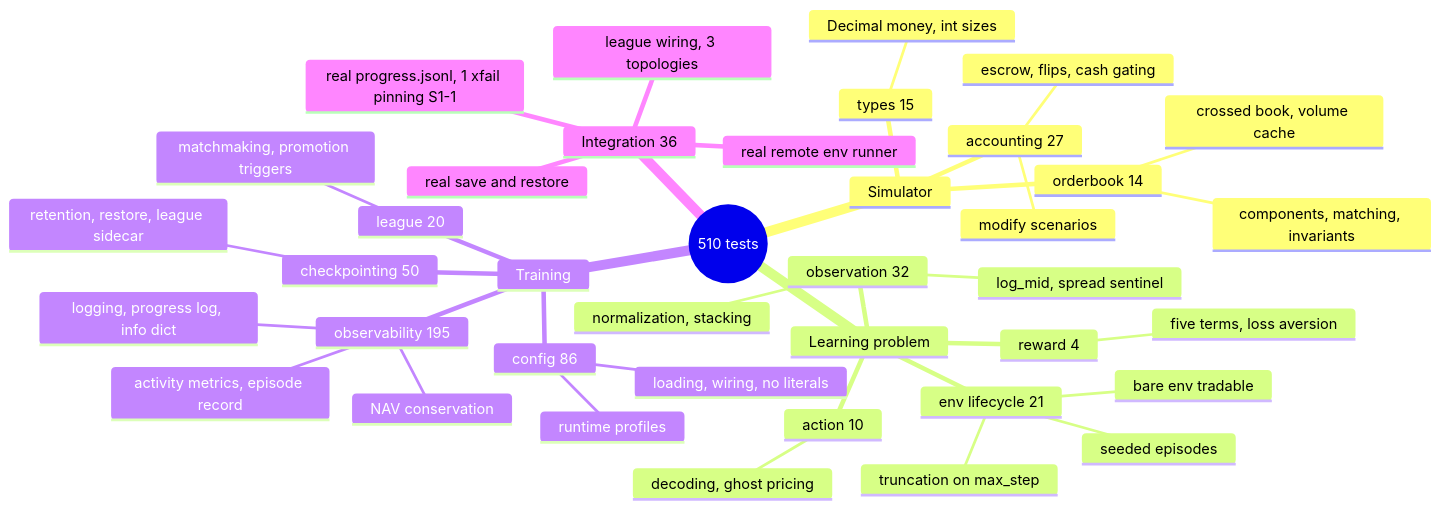
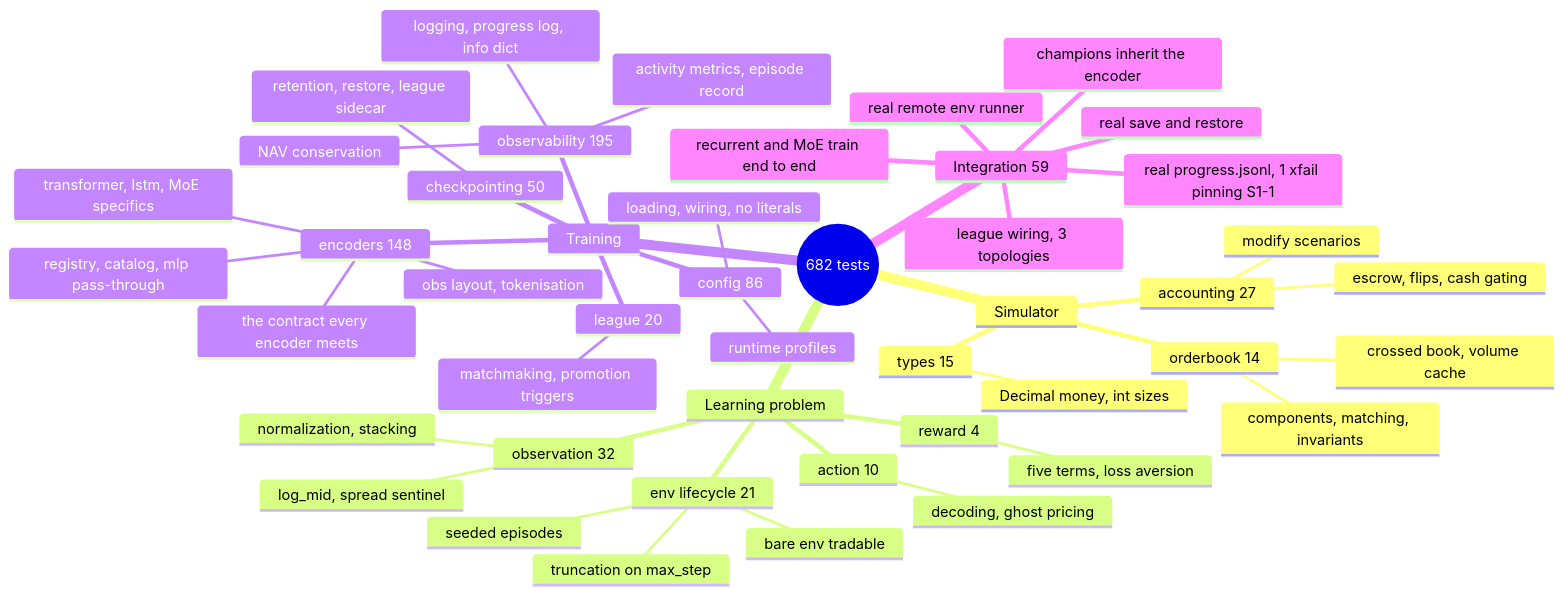
The diagram in doc/10_testing.md (ChuaCheowHuan/gym-continuousDoubleAuction), drawn with Mermaid before and after one commit. The commit also changed other lines of this file and 5 other files, not shown here.

````diff
--- a/doc/10_testing.md
+++ b/doc/10_testing.md
@@ -104,42 +107,49 @@
 ```mermaid
 mindmap
-  root((510 tests))
+  root((682 tests))
     Simulator
       orderbook 14
         components, matching, invariants
         crossed book, volume cache
       accounting 27
         escrow, flips, cash gating
         modify scenarios
       types 15
         Decimal money, int sizes
     Learning problem
       observation 32
         normalization, stacking
         log_mid, spread sentinel
       action 10
         decoding, ghost pricing
       reward 4
         five terms, loss aversion
       env lifecycle 21
         bare env tradable
         truncation on max_step
         seeded episodes
     Training
       config 86
         loading, wiring, no literals
         runtime profiles
       checkpointing 50
         retention, restore, league sidecar
       league 20
         matchmaking, promotion triggers
+      encoders 148
+        registry, catalog, mlp pass-through
+        obs layout, tokenisation
+        the contract every encoder meets
+        transformer, lstm, MoE specifics
       observability 195
         logging, progress log, info dict
         activity metrics, episode record
         NAV conservation
-    Integration 36
+    Integration 59
       league wiring, 3 topologies
       real save and restore
       real progress.jsonl, 1 xfail pinning S1-1
       real remote env runner
+      champions inherit the encoder
+      recurrent and MoE train end to end
 ```
````
